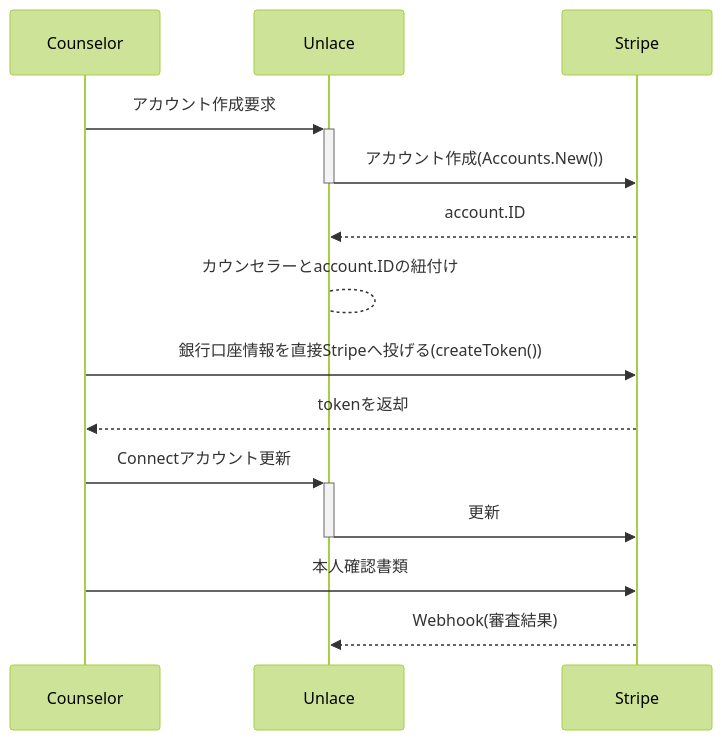
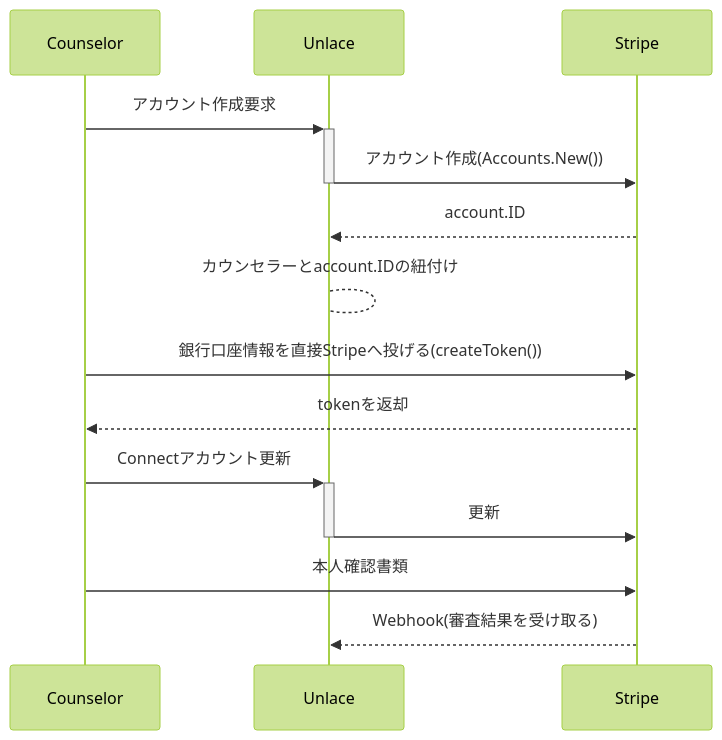
One commit to ryomak/zenn changed the third of 3 diagrams in articles/stripe-operation.md. Above: the diagram before and after it, drawn with Mermaid. The commit also changed other lines of this file, not shown here.

````diff
--- a/articles/stripe-operation.md
+++ b/articles/stripe-operation.md
@@ -168,15 +168,15 @@
 ```mermaid
 %%{init:{'theme':'forest'}}%%
 sequenceDiagram
     Counselor->>+Unlace: アカウント作成要求
     Unlace ->>- Stripe: アカウント作成(Accounts.New())
     Stripe -->> Unlace: account.ID
     Unlace --> Unlace: カウンセラーとaccount.IDの紐付け
     Counselor ->> Stripe: 銀行口座情報を直接Stripeへ投げる(createToken())
     Stripe -->> Counselor:  tokenを返却
 　　 Counselor ->>+ Unlace: Connectアカウント更新
 　　 Unlace ->>- Stripe: 更新
 　　 Counselor ->> Stripe: 本人確認書類
-    Stripe -->> Unlace: Webhook(審査結果)
+    Stripe -->> Unlace: Webhook(審査結果を受け取る)
      
 ```
````
